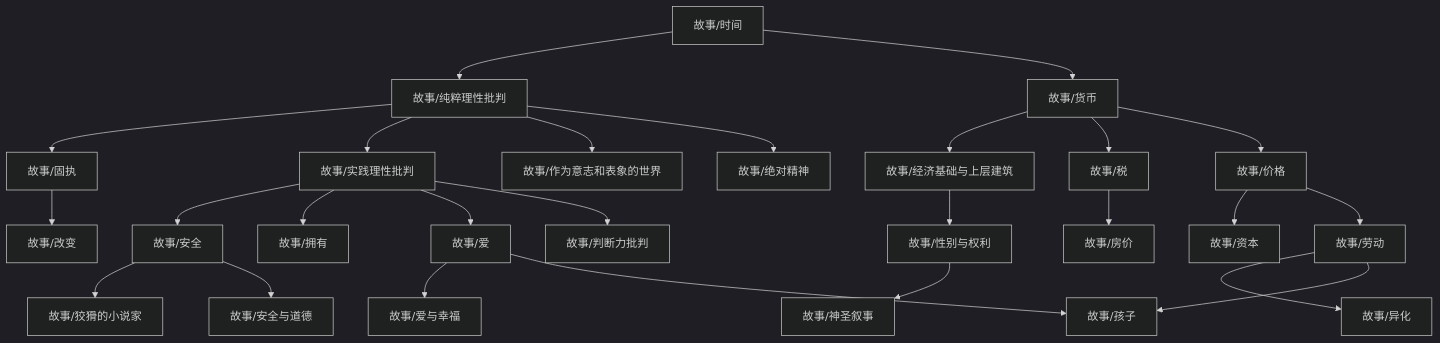
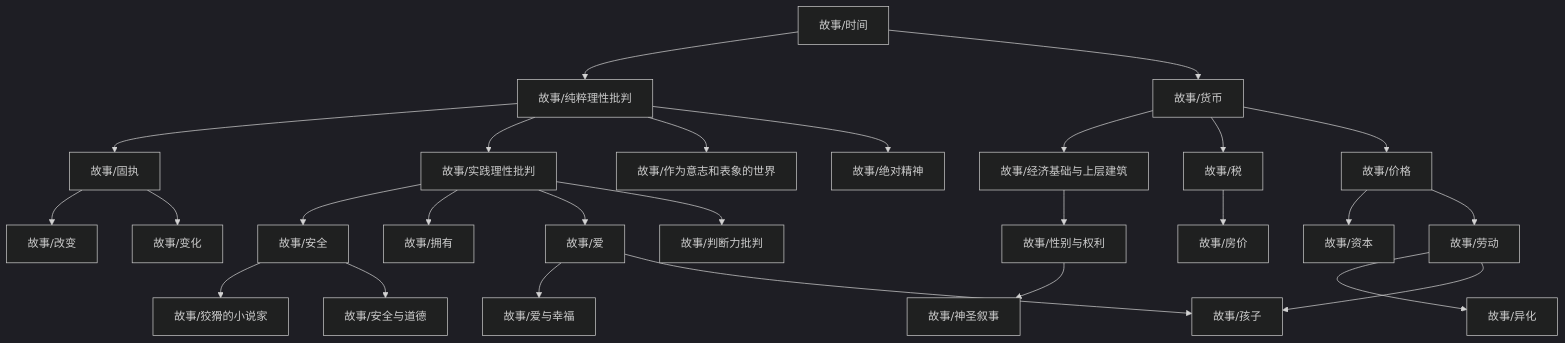
Before and after one commit to zeroDtree/zeroDtree.github.io: the diagram in content/故事/dependency_graph.md, drawn with Mermaid (dark theme). The commit also changed 1 other file, not shown here.

````diff
--- a/content/故事/dependency_graph.md
+++ b/content/故事/dependency_graph.md
@@ -1,28 +1,29 @@
 ```mermaid
 graph TD
 1["故事/劳动"] --> 0["故事/异化"]
 3["故事/纯粹理性批判"] --> 2["故事/固执"]
 5["故事/经济基础与上层建筑"] --> 4["故事/性别与权利"]
 7["故事/价格"] --> 6["故事/资本"]
 2["故事/固执"] --> 8["故事/改变"]
 10["故事/安全"] --> 9["故事/狡猾的小说家"]
 3["故事/纯粹理性批判"] --> 11["故事/实践理性批判"]
 12["故事/时间"] --> 3["故事/纯粹理性批判"]
 11["故事/实践理性批判"] --> 10["故事/安全"]
 13["故事/货币"] --> 5["故事/经济基础与上层建筑"]
 11["故事/实践理性批判"] --> 14["故事/拥有"]
 13["故事/货币"] --> 15["故事/税"]
 15["故事/税"] --> 16["故事/房价"]
-11["故事/实践理性批判"] --> 17["故事/爱"]
+2["故事/固执"] --> 17["故事/变化"]
+11["故事/实践理性批判"] --> 18["故事/爱"]
 13["故事/货币"] --> 7["故事/价格"]
-3["故事/纯粹理性批判"] --> 19["故事/作为意志和表象的世界"]
-3["故事/纯粹理性批判"] --> 20["故事/绝对精神"]
-10["故事/安全"] --> 21["故事/安全与道德"]
-4["故事/性别与权利"] --> 22["故事/神圣叙事"]
-17["故事/爱"] --> 23["故事/爱与幸福"]
+3["故事/纯粹理性批判"] --> 20["故事/作为意志和表象的世界"]
+3["故事/纯粹理性批判"] --> 21["故事/绝对精神"]
+10["故事/安全"] --> 22["故事/安全与道德"]
+4["故事/性别与权利"] --> 23["故事/神圣叙事"]
+18["故事/爱"] --> 24["故事/爱与幸福"]
 12["故事/时间"] --> 13["故事/货币"]
-1["故事/劳动"] --> 24["故事/孩子"]
-17["故事/爱"] --> 24["故事/孩子"]
+1["故事/劳动"] --> 25["故事/孩子"]
+18["故事/爱"] --> 25["故事/孩子"]
 7["故事/价格"] --> 1["故事/劳动"]
-11["故事/实践理性批判"] --> 25["故事/判断力批判"]
+11["故事/实践理性批判"] --> 26["故事/判断力批判"]
 ```
````
